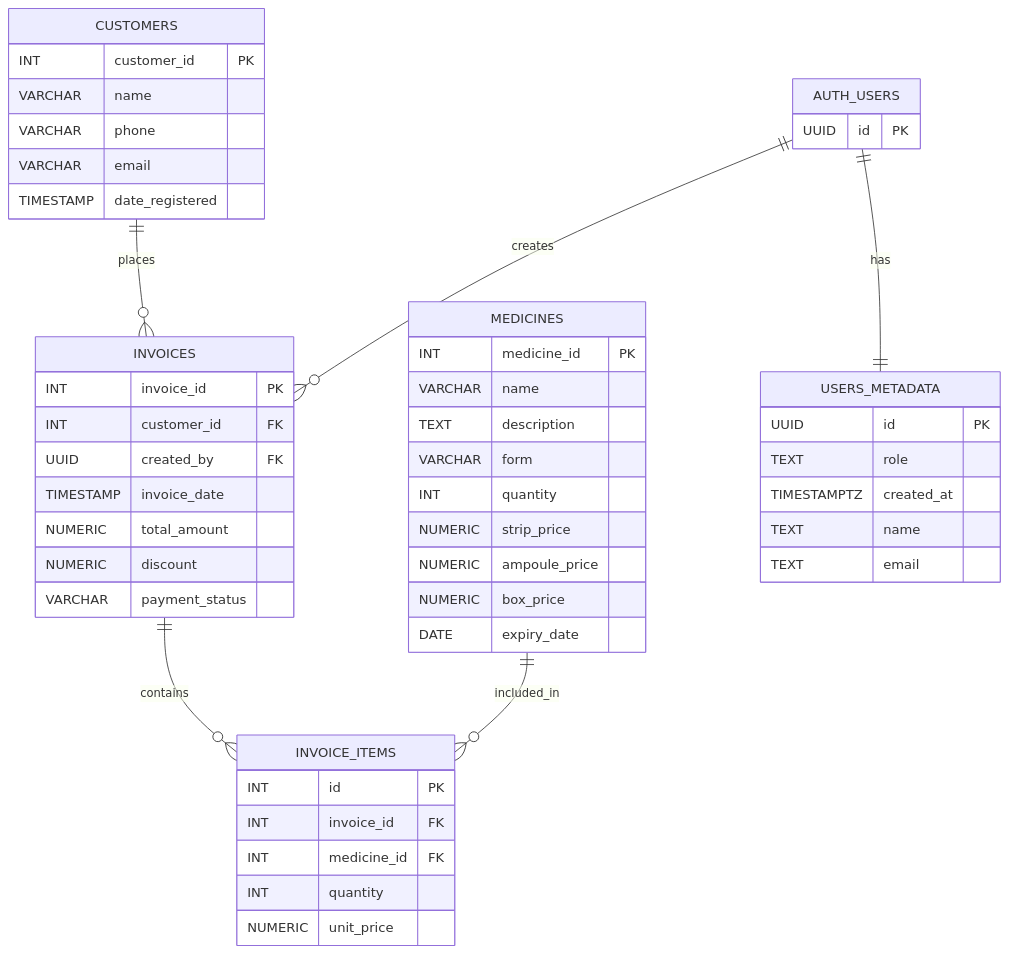
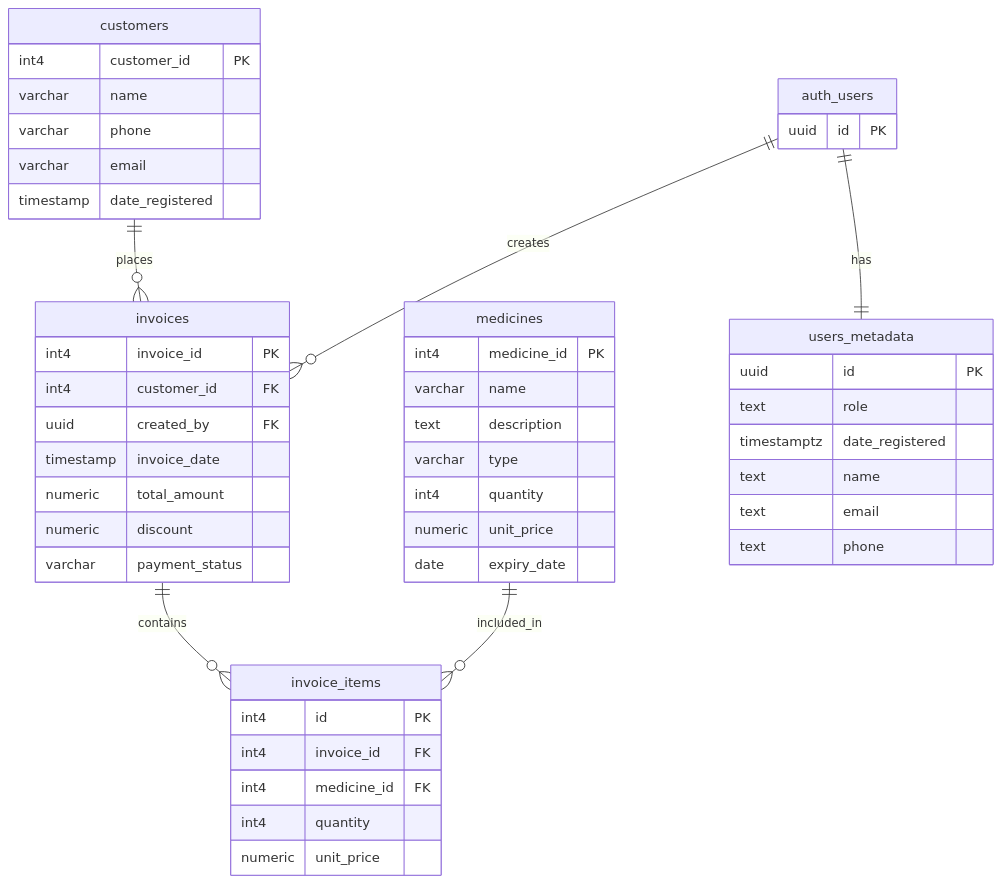
The diagram in README.md (albert429/pharmacy-managment-system), drawn with Mermaid before and after one commit. The commit also changed other lines of this file, not shown here.

````diff
--- a/README.md
+++ b/README.md
@@ -45,58 +57,57 @@
 ```mermaid
 erDiagram
-    CUSTOMERS {
-        INT customer_id PK
-        VARCHAR name
-        VARCHAR phone
-        VARCHAR email
-        TIMESTAMP date_registered
+    customers {
+        int4 customer_id PK
+        varchar name
+        varchar phone
+        varchar email
+        timestamp date_registered
     }
 
-    INVOICES {
-        INT invoice_id PK
-        INT customer_id FK
-        UUID created_by FK
-        TIMESTAMP invoice_date
-        NUMERIC total_amount
-        NUMERIC discount
-        VARCHAR payment_status
+    invoices {
+        int4 invoice_id PK
+        int4 customer_id FK
+        uuid created_by FK
+        timestamp invoice_date
+        numeric total_amount
+        numeric discount
+        varchar payment_status
     }
 
-    INVOICE_ITEMS {
-        INT id PK
-        INT invoice_id FK
-        INT medicine_id FK
-        INT quantity
-        NUMERIC unit_price
+    invoice_items {
+        int4 id PK
+        int4 invoice_id FK
+        int4 medicine_id FK
+        int4 quantity
+        numeric unit_price
     }
 
-    MEDICINES {
-        INT medicine_id PK
-        VARCHAR name
-        TEXT description
-        VARCHAR form
-        INT quantity
-        NUMERIC strip_price
-        NUMERIC ampoule_price
-        NUMERIC box_price
-        DATE expiry_date
+    medicines {
+        int4 medicine_id PK
+        varchar name
+        text description
+        varchar type
+        int4 quantity
+        numeric unit_price
+        date expiry_date
     }
 
-    AUTH_USERS {
-        UUID id PK
+    users_metadata {
+        uuid id PK
+        text role
+        timestamptz date_registered
+        text name
+        text email
+        text phone
     }
 
-    USERS_METADATA {
-        UUID id PK
-        TEXT role
-        TIMESTAMPTZ created_at
-        TEXT name
-        TEXT email
+    auth_users {
+        uuid id PK
     }
 
-    CUSTOMERS ||--o{ INVOICES : places
-    INVOICES ||--o{ INVOICE_ITEMS : contains
-    MEDICINES ||--o{ INVOICE_ITEMS : included_in
-    AUTH_USERS ||--o{ INVOICES : creates
-    AUTH_USERS ||--|| USERS_METADATA : has
+    customers ||--o{ invoices : places
+    invoices ||--o{ invoice_items : contains
+    medicines ||--o{ invoice_items : included_in
+    auth_users ||--o{ invoices : creates
+    auth_users ||--|| users_metadata : has
 ```
````
